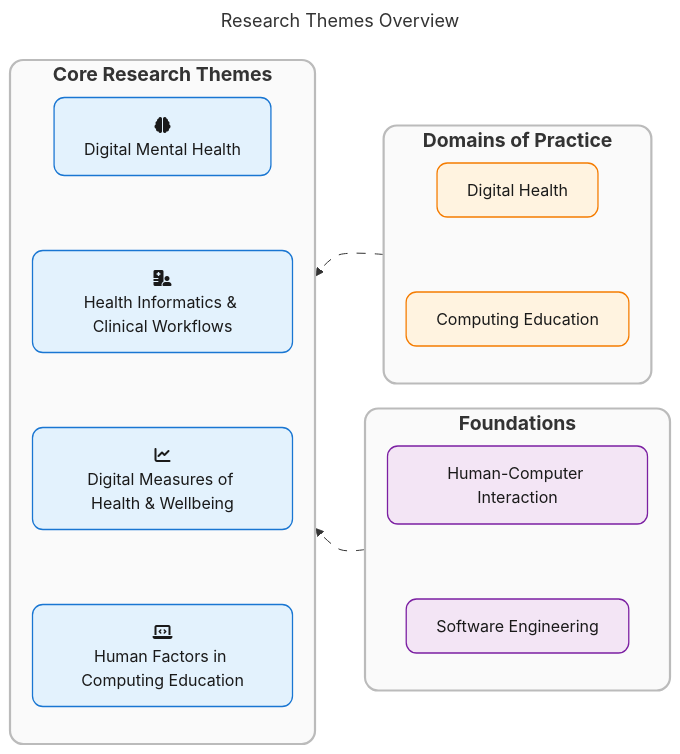
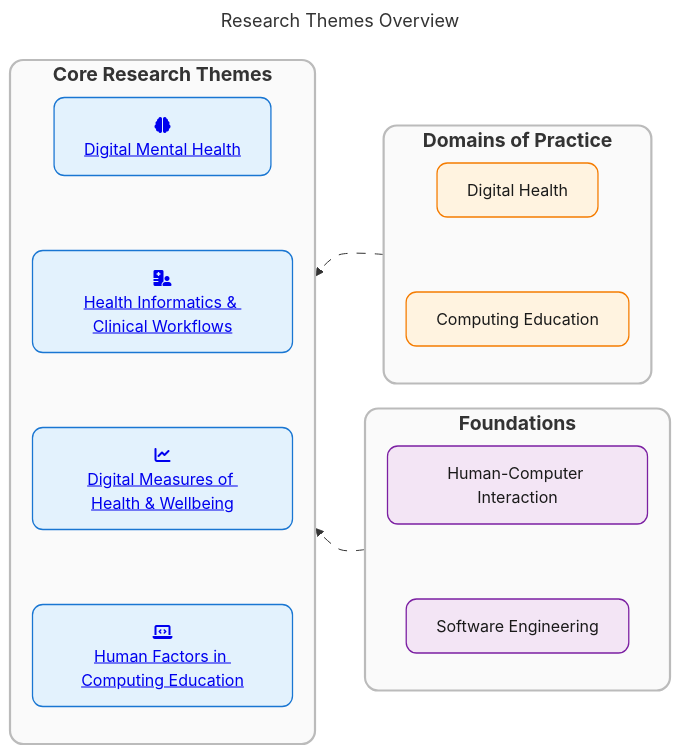
Before and after one commit to ChristopherBull/christopherbull.github.io: the diagram in research/research-themes.md, drawn with Mermaid. The commit also changed 1 other file, not shown here.

Commit message:
feat: research themes in diagram include clickable links

````diff
--- a/research/research-themes.md
+++ b/research/research-themes.md
@@ -19,61 +19,61 @@
 ```mermaid
 ---
 title: Research Themes Overview
 config:
     flowchart:
         curve: cardinal
         useMaxWidth: true
         htmlLabels: true
         nodeSpacing: 25
         rankSpacing: 50
 ---
 flowchart RL
     accTitle: Research Themes and Domains of Practice Overview
     accDescr: This diagram shows the foundations, core research themes, and domains of practice of Christopher Bull's human-centred computing research. Foundational areas include Human-Computer Interaction and Software Engineering. All foundational topics inform the core research themes. Core themes include Digital Mental Health, Digital Measures of Health & Wellbeing, Health Informatics & Clinical Workflows, and Human Factors in Computing Education. Domains of practice are Digital Health and Computing Education.
 
     %% --- CORE RESEARCH THEMES ---
     subgraph T["Core Research Themes"]
         direction TB
-        MH[<div class="mermaid-node-fixed-width"><i class="fas fa-brain fa-fw" aria-hidden="true"></i><br>Digital Mental Health</div>] ~~~
-        HI[<div class="mermaid-node-fixed-width"><i class="fas fa-hospital-user fa-fw" aria-hidden="true"></i><br>Health Informatics & Clinical Workflows</div>] ~~~
-        M[<div class="mermaid-node-fixed-width"><i class="fas fa-chart-line fa-fw" aria-hidden="true"></i><br>Digital Measures of Health & Wellbeing</div>] ~~~
-        E[<div class="mermaid-node-fixed-width"><i class="fas fa-laptop-code fa-fw" aria-hidden="true"></i><br>Human Factors in Computing Education</div>]
+        MH[<div class="mermaid-node-fixed-width"><a class="mermaid-theme-link" href="#digital-mental-health"><i class="fas fa-brain fa-fw" aria-hidden="true"></i><br>Digital Mental Health</a></div>] ~~~
+        HI[<div class="mermaid-node-fixed-width"><a class="mermaid-theme-link" href="#health-informatics--clinical-workflows"><i class="fas fa-hospital-user fa-fw" aria-hidden="true"></i><br>Health Informatics & Clinical Workflows</a></div>] ~~~
+        M[<div class="mermaid-node-fixed-width"><a class="mermaid-theme-link" href="#digital-measures-of-health--wellbeing"><i class="fas fa-chart-line fa-fw" aria-hidden="true"></i><br>Digital Measures of Health & Wellbeing</a></div>] ~~~
+        E[<div class="mermaid-node-fixed-width"><a class="mermaid-theme-link" href="#human-factors-in-computing-education"><i class="fas fa-laptop-code fa-fw" aria-hidden="true"></i><br>Human Factors in Computing Education</a></div>]
     end
 
     %% --- DOMAINS OF PRACTICE (to the top-right) ---
     subgraph C["Domains of Practice"]
         direction TB
         DH[<div class="mermaid-node-fixed-width">Digital Health</div>] ~~~
         CE[<div class="mermaid-node-fixed-width">Computing Education</div>]
     end
 
     %% --- FOUNDATIONS (to the bottom-right) ---
     subgraph F["Foundations"]
         direction TB
         HCI[<div class="mermaid-node-fixed-width">Human-Computer Interaction</div>] ~~~
         SE[<div class="mermaid-node-fixed-width">Software Engineering</div>]
     end
 
     %% --- STRUCTURAL RELATIONSHIPS ---
     C e1@--> T
     F e2@--> T
 
     %% --- STYLING ---
     %% Core Research Themes: Soft blue with professional stroke
     classDef coreTheme fill:#e3f2fd,stroke:#1976d2,stroke-width:0.08em,color:#1a1a1a,font-size:1em,rx:0.65em,ry:0.65em;
     %% Domains of Practice: Soft amber/orange
     classDef domain fill:#fff3e0,stroke:#f57c00,stroke-width:0.08em,color:#1a1a1a,font-size:1em,rx:0.65em,ry:0.65em;
     %% Foundations: Soft purple
     classDef foundation fill:#f3e5f5,stroke:#7b1fa2,stroke-width:0.08em,color:#1a1a1a,font-size:1em,rx:0.65em,ry:0.65em;
     %% Subgraph styling: clean and light
     classDef subgraphStyle fill:#fafafa,stroke:#bbb,stroke-width:0.125em,font-size:1.1em,font-weight:bold,rx:0.75em,ry:0.75em;
 
     class MH,HI,M,E coreTheme;
     class DH,CE domain;
     class HCI,SE foundation;
     class T,C,F subgraphStyle;
 
     %% --- ARROW ANIMATION ---
     classDef animate stroke-dasharray: 9,5,stroke-dashoffset: 900,animation: dash 60s linear infinite;
     class e1,e2 animate;
 ```
````
